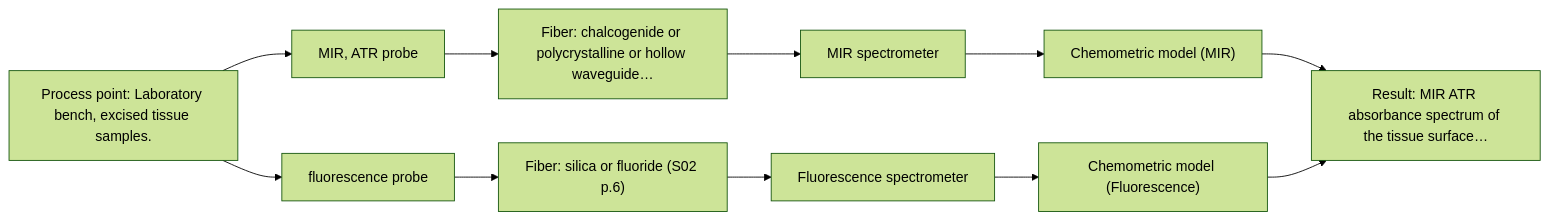
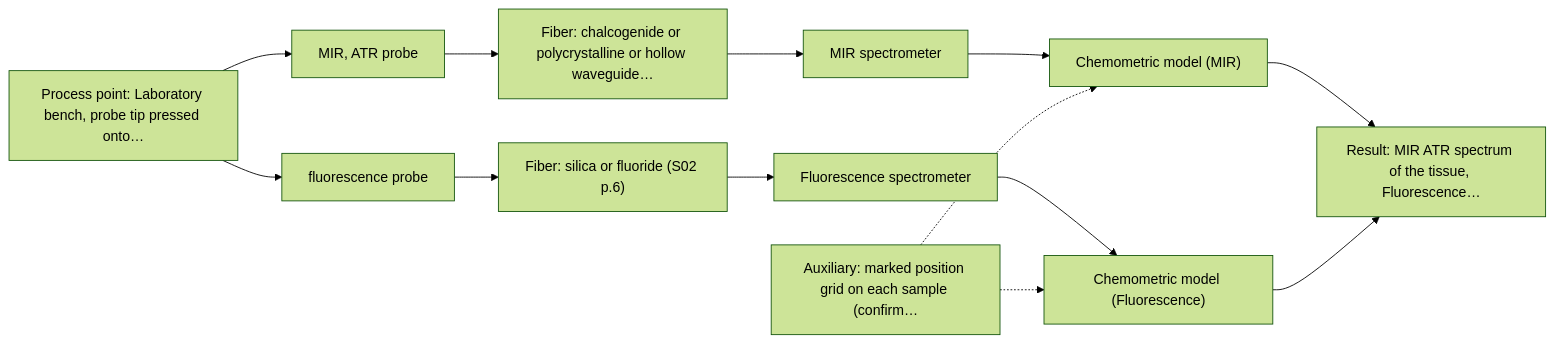
One commit to sleipnir029/Afs-Spectroscopy-Assistant changed the first of 2 diagrams in outputs/dev/D08.md. Above: the diagram before and after it, drawn with Mermaid (forest theme). The commit also changed other lines of this file and 41 other files, not shown here.

````diff
--- a/outputs/dev/D08.md
+++ b/outputs/dev/D08.md
@@ -38,23 +38,26 @@
 ```mermaid
 flowchart LR
-    proc["Process point: Laboratory bench, excised tissue samples."]
+    proc["Process point: Laboratory bench, probe tip pressed onto…"]
     probe1["MIR, ATR probe"]
     fiber1["Fiber: chalcogenide or polycrystalline or hollow waveguide…"]
     spec1["MIR spectrometer"]
     model1["Chemometric model (MIR)"]
     probe2["fluorescence probe"]
     fiber2["Fiber: silica or fluoride (S02 p.6)"]
     spec2["Fluorescence spectrometer"]
     model2["Chemometric model (Fluorescence)"]
-    result["Result: MIR ATR absorbance spectrum of the tissue surface…"]
+    result["Result: MIR ATR spectrum of the tissue, Fluorescence…"]
+    aux1["Auxiliary: marked position grid on each sample (confirm…"]
     proc --> probe1
     probe1 --> fiber1
     fiber1 --> spec1
     spec1 --> model1
     proc --> probe2
     probe2 --> fiber2
     fiber2 --> spec2
     spec2 --> model2
     model1 --> result
     model2 --> result
+    aux1 -.-> model1
+    aux1 -.-> model2
 ```
````
